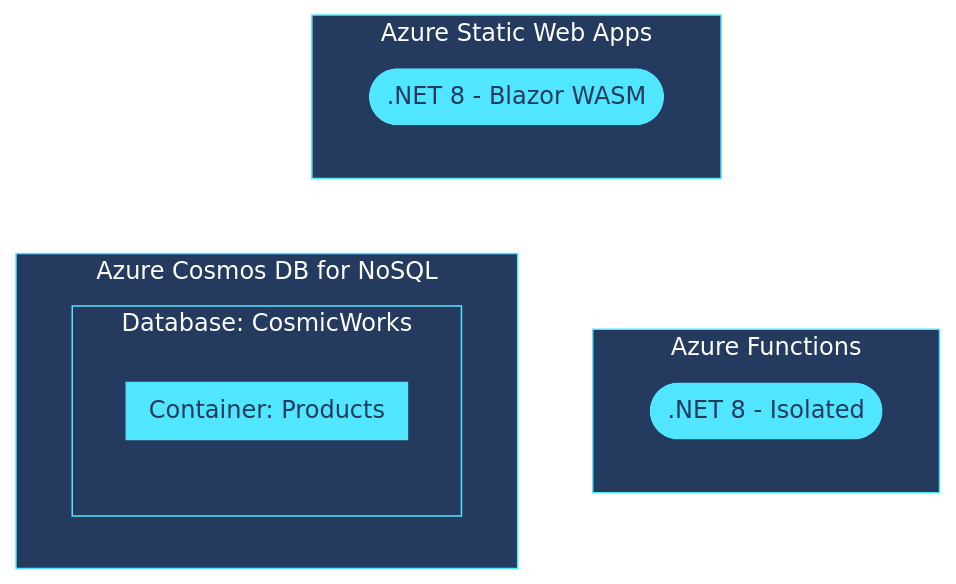
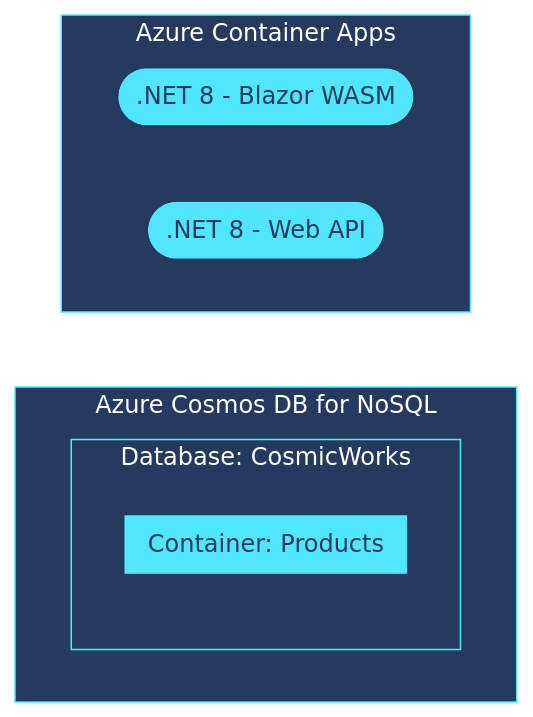
The diagram in readme.md (Azure-Samples/dab-azure-cosmos-db-nosql-quickstart), drawn with Mermaid before and after one commit. The commit also changed other lines of this file and 28 other files, not shown here.

````diff
--- a/readme.md
+++ b/readme.md
@@ -103,18 +66,15 @@
 ```mermaid
 %%{ init: { 'theme': 'base', 'themeVariables': { 'background': '#243A5E', 'primaryColor': '#50E6FF', 'primaryBorderColor': '#243A5E', 'tertiaryBorderColor': '#50E6FF', 'tertiaryColor': '#243A5E', 'fontFamily': 'Segoe UI', 'lineColor': '#FFFFFF', 'primaryTextColor': '#243A5E', 'tertiaryTextColor': '#FFFFFF' } }}%%
 flowchart TB
-    subgraph web-app[Azure Static Web Apps]
+    subgraph web-app[Azure Container Apps]
         app-framework([.NET 8 - Blazor WASM])
-    end
-    subgraph azure-func[Azure Functions]
-        func-framework([.NET 8 - Isolated])
+        api-framework([.NET 8 - Web API])
     end
     subgraph azure-cosmos-db-nosql[Azure Cosmos DB for NoSQL]
         subgraph database-adventureworkslt[Database: CosmicWorks]
             subgraph container-product[Container: Products]
             end
         end
     end
     web-app --> azure-cosmos-db-nosql
-    web-app --> azure-func
 ```
````
